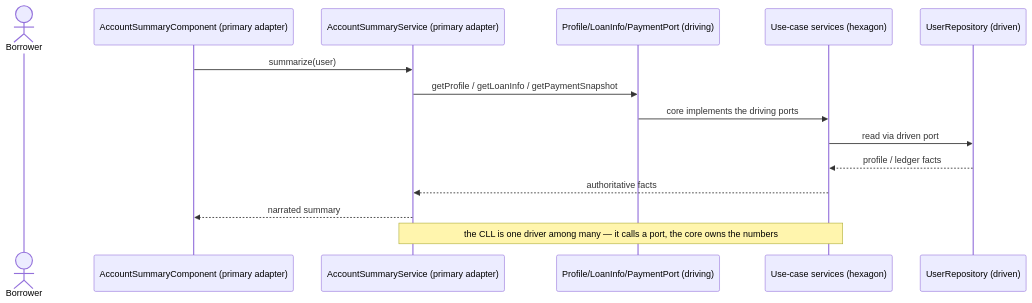
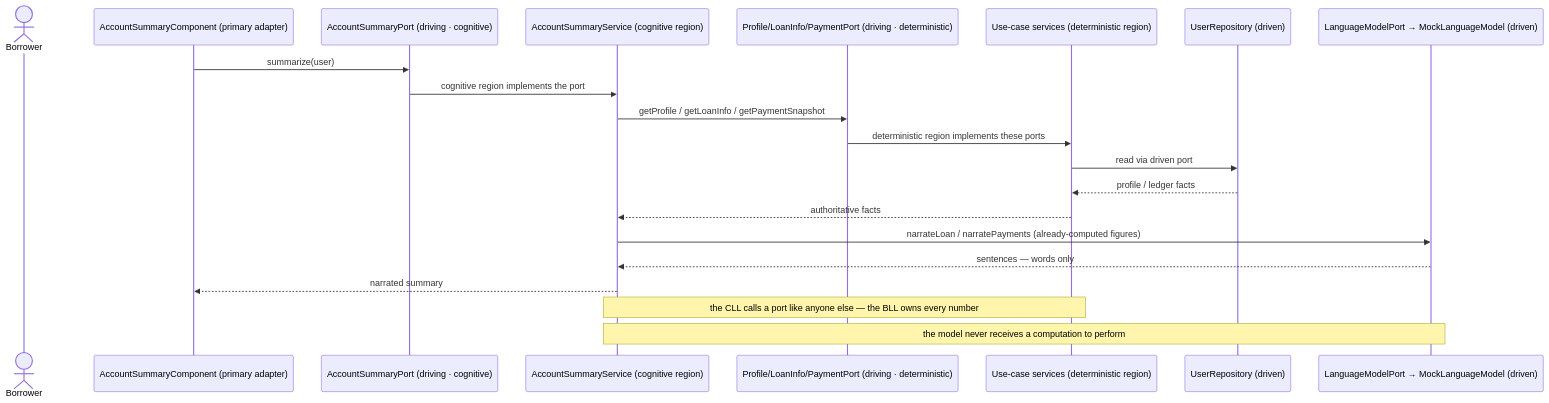
Before and after one commit to antongeorgescu/poc-plus-hexagonal-architecture: the seventh of 8 diagrams in documentation/plus_architecture.md, drawn with Mermaid. The commit also changed other lines of this file and 29 other files, not shown here.

Commit message:
added single mermaid visuals for the three kinds of architecture types

````diff
--- a/documentation/plus_architecture.md
+++ b/documentation/plus_architecture.md
@@ -249,17 +260,23 @@
 ```mermaid
 sequenceDiagram
   actor B as Borrower
   participant SUM as AccountSummaryComponent (primary adapter)
-  participant AS as AccountSummaryService (primary adapter)
-  participant P as Profile/LoanInfo/PaymentPort (driving)
-  participant CORE as Use-case services (hexagon)
+  participant ASP as AccountSummaryPort (driving · cognitive)
+  participant AS as AccountSummaryService (cognitive region)
+  participant P as Profile/LoanInfo/PaymentPort (driving · deterministic)
+  participant CORE as Use-case services (deterministic region)
   participant REPO as UserRepository (driven)
-  SUM->>AS: summarize(user)
+  participant LM as LanguageModelPort → MockLanguageModel (driven)
+  SUM->>ASP: summarize(user)
+  ASP->>AS: cognitive region implements the port
   AS->>P: getProfile / getLoanInfo / getPaymentSnapshot
-  P->>CORE: core implements the driving ports
+  P->>CORE: deterministic region implements these ports
   CORE->>REPO: read via driven port
   REPO-->>CORE: profile / ledger facts
   CORE-->>AS: authoritative facts
+  AS->>LM: narrateLoan / narratePayments (already-computed figures)
+  LM-->>AS: sentences — words only
   AS-->>SUM: narrated summary
-  Note over AS,CORE: the CLL is one driver among many — it calls a port, the core owns the numbers
+  Note over AS,CORE: the CLL calls a port like anyone else — the BLL owns every number
+  Note over AS,LM: the model never receives a computation to perform
 ```
````
